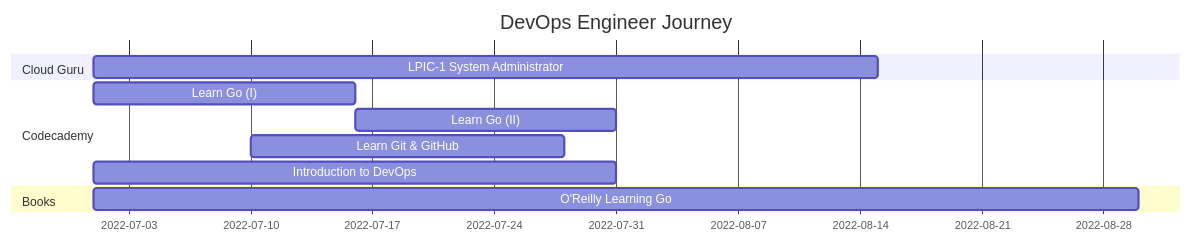
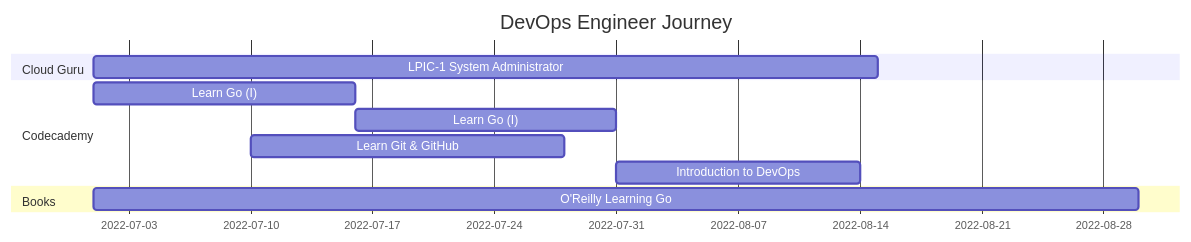
The diagram in README.md (HorningGit/Rayquaza_Resources), drawn with Mermaid before and after one commit.

````diff
--- a/README.md
+++ b/README.md
@@ -3,15 +3,14 @@
 ```mermaid
 gantt
     title DevOps Engineer Journey
     dateFormat  YYYY-MM-DD
     section Cloud Guru
     LPIC-1 System Administrator    :a1, 2022-07-01, 45d
     section Codecademy
     Learn Go (I)        :a1, 2022-07-01, 15d
-    Learn Go (II)        :a2, 2022-07-16, 15d
+    Learn Go (I)        :a2, 2022-07-16, 15d
     Learn Git & GitHub        :a1, 2022-07-10, 18d
-
-    Introduction to DevOps        :a3, 2022-07-01, 30d
+    Introduction to DevOps        :a3, 2022-07-31, 14d
     section Books
     O'Reilly Learning Go        :a1, 2022-07-01, 60d
 ```
````
